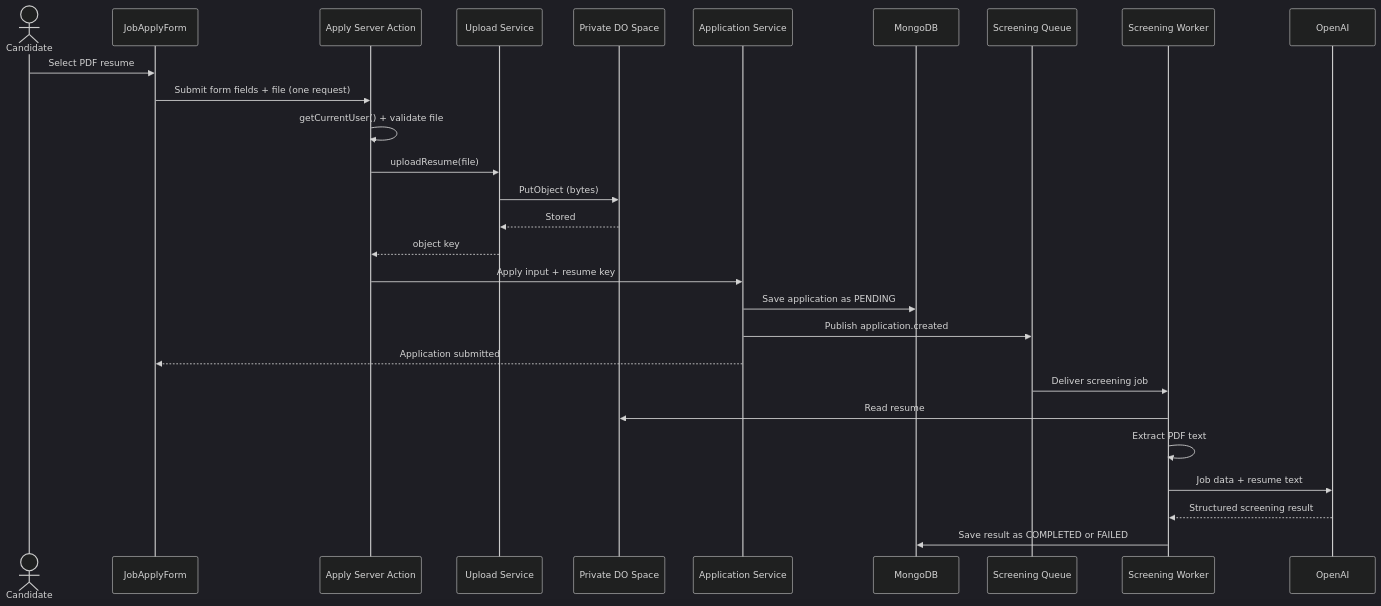
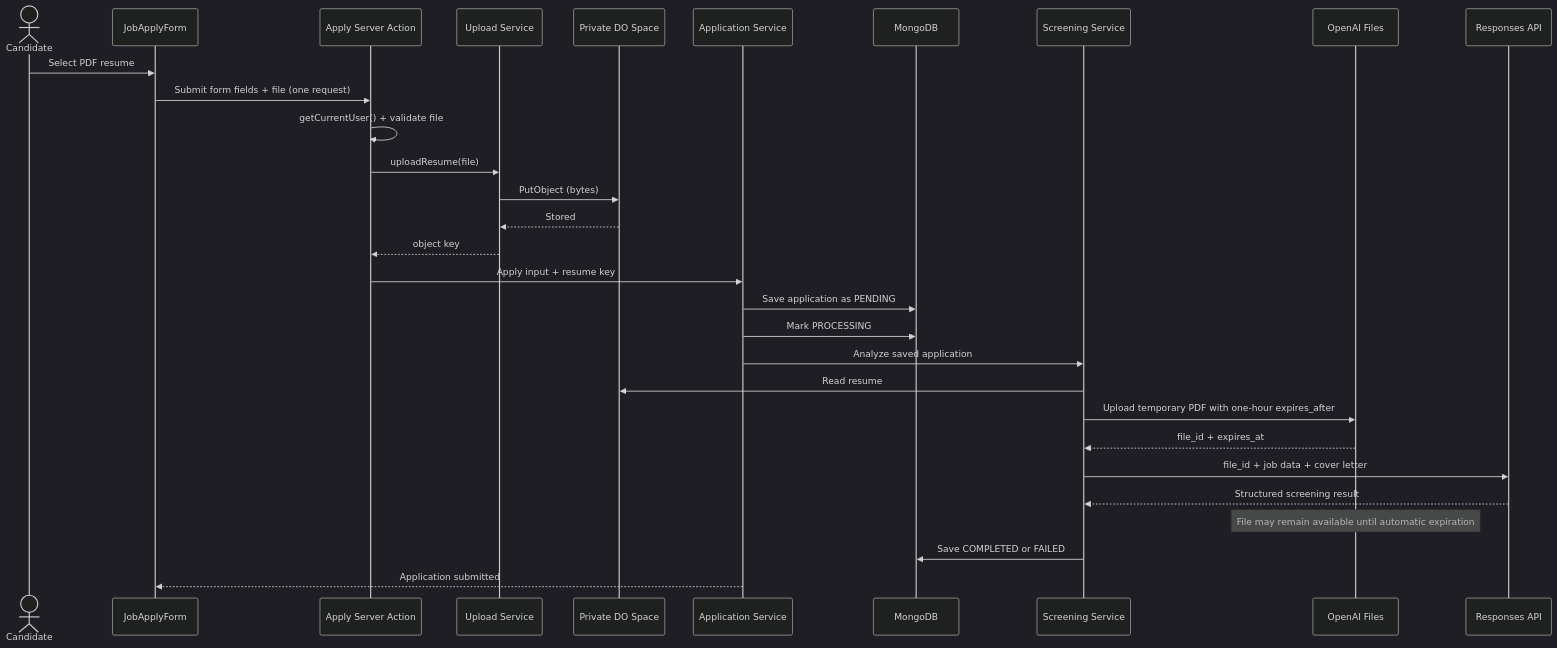
The second of 2 diagrams in docs/day-11-file-uploading-ai-screening/lecture-111-file-upload-architecture.md (yaya1426/job-board), drawn with Mermaid (dark theme) before and after one commit. The commit also changed other lines of this file and 72 other files, not shown here.

````diff
--- a/docs/day-11-file-uploading-ai-screening/lecture-111-file-upload-architecture.md
+++ b/docs/day-11-file-uploading-ai-screening/lecture-111-file-upload-architecture.md
@@ -60,31 +61,33 @@
 ```mermaid
 sequenceDiagram
   actor Candidate
   participant Form as JobApplyForm
   participant Action as Apply Server Action
   participant Upload as Upload Service
   participant Spaces as Private DO Space
   participant Service as Application Service
   participant DB as MongoDB
-  participant Queue as Screening Queue
-  participant Worker as Screening Worker
-  participant AI as OpenAI
+  participant Screening as Screening Service
+  participant Files as OpenAI Files
+  participant AI as Responses API
 
   Candidate->>Form: Select PDF resume
   Form->>Action: Submit form fields + file (one request)
   Action->>Action: getCurrentUser() + validate file
   Action->>Upload: uploadResume(file)
   Upload->>Spaces: PutObject (bytes)
   Spaces-->>Upload: Stored
   Upload-->>Action: object key
   Action->>Service: Apply input + resume key
   Service->>DB: Save application as PENDING
-  Service->>Queue: Publish application.created
+  Service->>DB: Mark PROCESSING
+  Service->>Screening: Analyze saved application
+  Screening->>Spaces: Read resume
+  Screening->>Files: Upload temporary PDF with one-hour expires_after
+  Files-->>Screening: file_id + expires_at
+  Screening->>AI: file_id + job data + cover letter
+  AI-->>Screening: Structured screening result
+  Note over Files: File may remain available until automatic expiration
+  Screening->>DB: Save COMPLETED or FAILED
   Service-->>Form: Application submitted
-  Queue->>Worker: Deliver screening job
-  Worker->>Spaces: Read resume
-  Worker->>Worker: Extract PDF text
-  Worker->>AI: Job data + resume text
-  AI-->>Worker: Structured screening result
-  Worker->>DB: Save result as COMPLETED or FAILED
 ```
````
